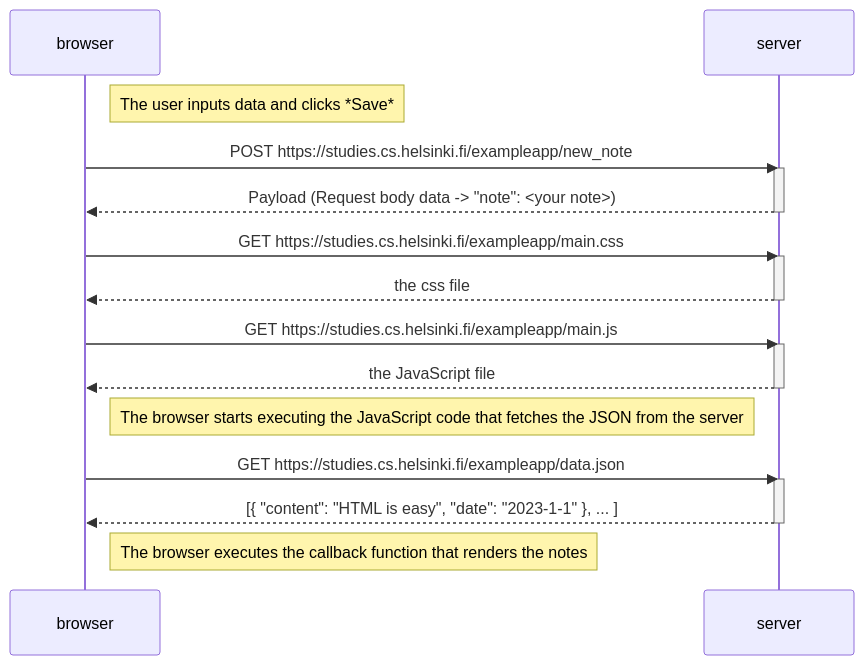
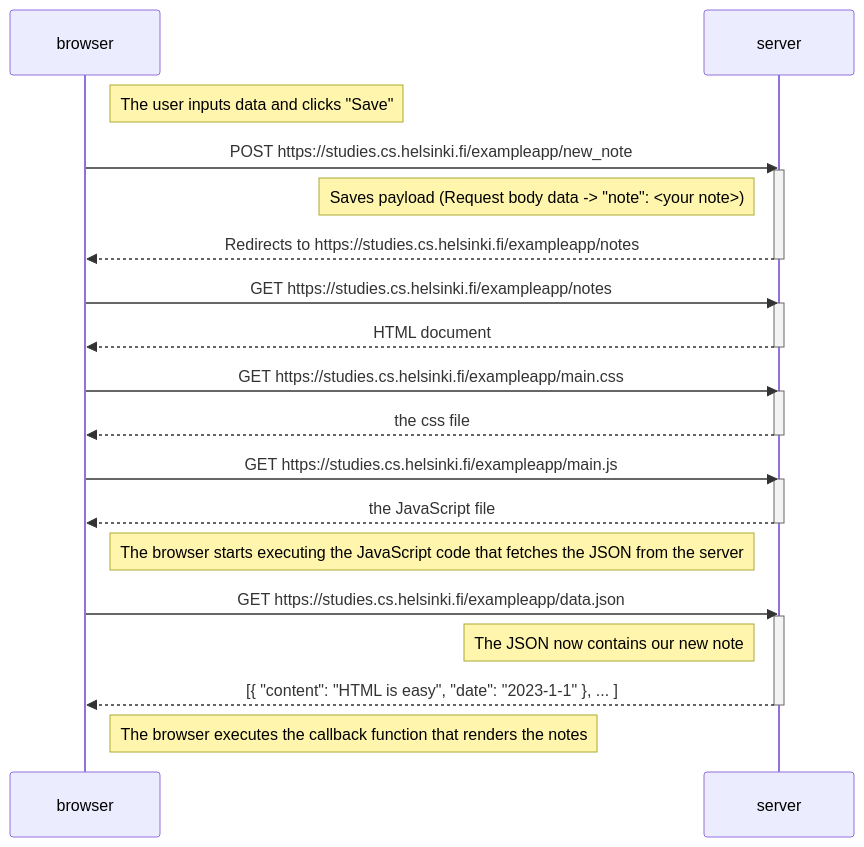
The diagram in part0/0.4_NewNoteDiagram/newNote.md (JavIregui/FullStackOpen), drawn with Mermaid before and after one commit.

Commit message:
newNote Diagram

````diff
--- a/part0/0.4_NewNoteDiagram/newNote.md
+++ b/part0/0.4_NewNoteDiagram/newNote.md
@@ -1,31 +1,38 @@
 ```mermaid
     sequenceDiagram
         participant browser
         participant server
 
-        Note right of browser: The user inputs data and clicks *Save*
+        Note right of browser: The user inputs data and clicks "Save"
 
         browser->>server: POST https://studies.cs.helsinki.fi/exampleapp/new_note
         activate server
-        server-->>browser: Payload (Request body data -> "note": <your note>)
+        Note left of server: Saves payload (Request body data -> "note": <your note>)
+        server-->>browser: Redirects to https://studies.cs.helsinki.fi/exampleapp/notes
         deactivate server
 
+        browser->>server: GET https://studies.cs.helsinki.fi/exampleapp/notes
+        activate server
+        server-->>browser: HTML document
+        deactivate server
+    
         browser->>server: GET https://studies.cs.helsinki.fi/exampleapp/main.css
         activate server
         server-->>browser: the css file
         deactivate server
-
+    
         browser->>server: GET https://studies.cs.helsinki.fi/exampleapp/main.js
         activate server
         server-->>browser: the JavaScript file
         deactivate server
-
+    
         Note right of browser: The browser starts executing the JavaScript code that fetches the JSON from the server
-
+    
         browser->>server: GET https://studies.cs.helsinki.fi/exampleapp/data.json
         activate server
+        Note left of server: The JSON now contains our new note
         server-->>browser: [{ "content": "HTML is easy", "date": "2023-1-1" }, ... ]
         deactivate server
-
+    
         Note right of browser: The browser executes the callback function that renders the notes
 ```
````
